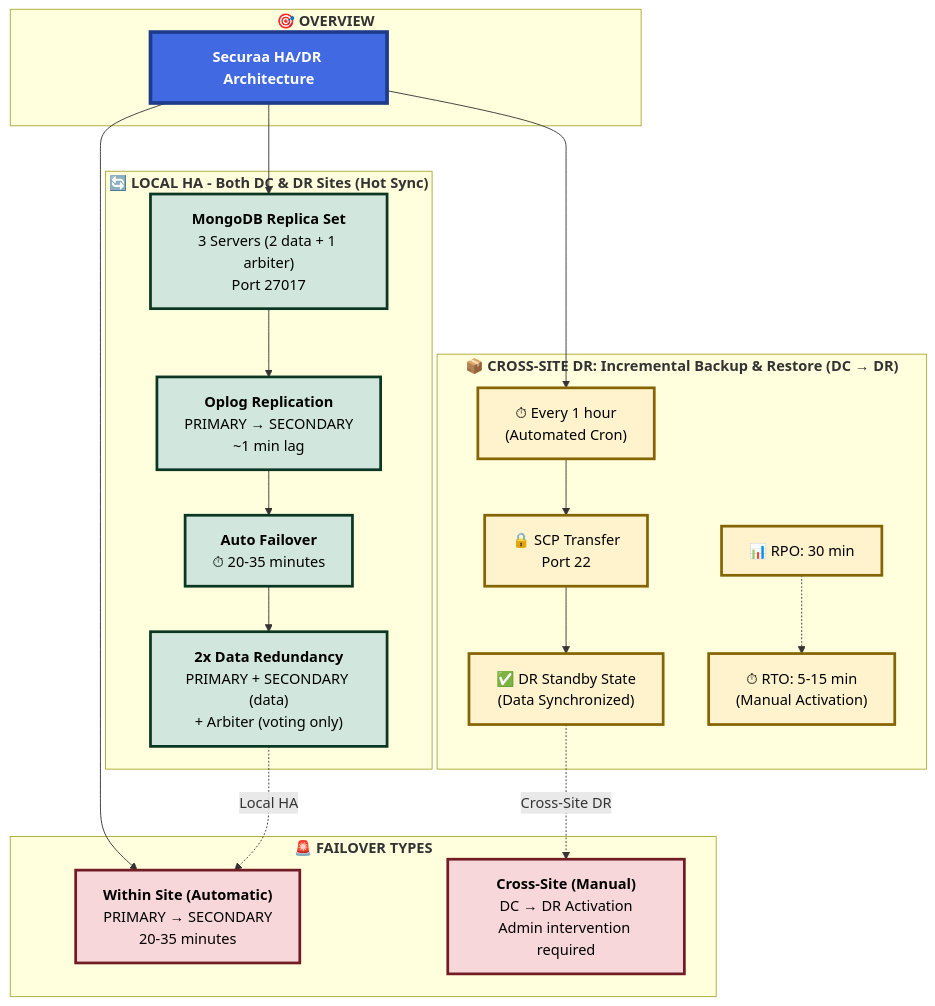
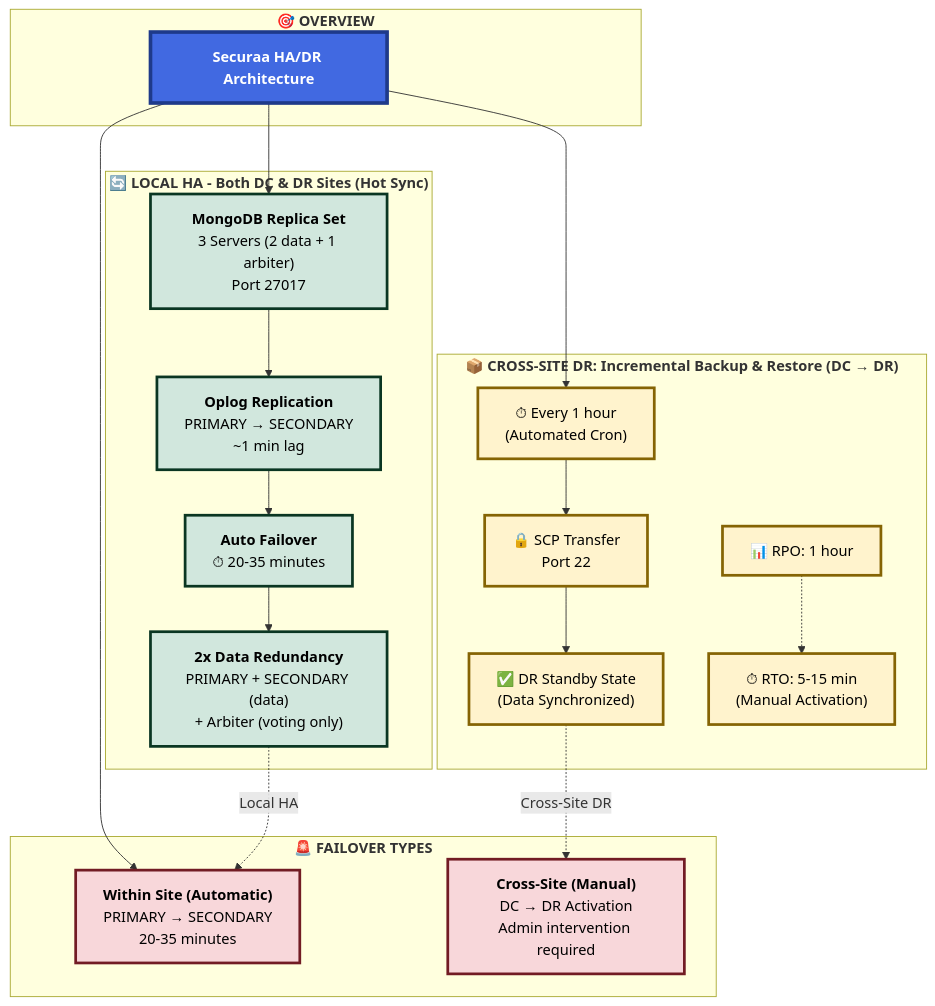
Before and after one commit to Karthikhvr/customers-docs: diagram 12 of 12 in HA_DR_Architecture_Documentation_dt2.md, drawn with Mermaid. The commit also changed other lines of this file, not shown here.

Commit message:
Updated 30 min to 1 hour

````diff
--- a/HA_DR_Architecture_Documentation_dt2.md
+++ b/HA_DR_Architecture_Documentation_dt2.md
@@ -777,48 +777,48 @@
 ```mermaid
 graph TB
     subgraph OVERVIEW["<b>🎯 OVERVIEW</b>"]
         TITLE["<b>Securaa HA/DR Architecture</b>"]
     end
     
     subgraph LHA["<b>🔄 LOCAL HA - Both DC & DR Sites (Hot Sync)</b>"]
         LHA1["<b>MongoDB Replica Set</b><br/>3 Servers (2 data + 1 arbiter)<br/>Port 27017"]
         LHA2["<b>Oplog Replication</b><br/>PRIMARY → SECONDARY<br/>~1 min lag"]
         LHA3["<b>Auto Failover</b><br/>⏱ 20-35 minutes"]
         LHA4["<b>2x Data Redundancy</b><br/>PRIMARY + SECONDARY (data)<br/>+ Arbiter (voting only)"]
         
         LHA1 --> LHA2 --> LHA3 --> LHA4
     end
     
     subgraph IB["<b>📦 CROSS-SITE DR: Incremental Backup & Restore (DC → DR)</b>"]
         IB1["⏱ Every 1 hour<br/>(Automated Cron)"]
         IB2["🔒 SCP Transfer<br/>Port 22"]
         IB3["✅ DR Standby State<br/>(Data Synchronized)"]
-        IB4["📊 RPO: 30 min"]
+        IB4["📊 RPO: 1 hour"]
         IB5["⏱ RTO: 5-15 min<br/>(Manual Activation)"]
         
         IB1 --> IB2 --> IB3
         IB4 -.-> IB5
     end
     
     subgraph FO["<b>🚨 FAILOVER TYPES</b>"]
         FO1["<b>Within Site (Automatic)</b><br/>PRIMARY → SECONDARY<br/>20-35 minutes"]
         FO2["<b>Cross-Site (Manual)</b><br/>DC → DR Activation<br/>Admin intervention required"]
     end
     
     TITLE --> LHA1
     TITLE --> IB1
     TITLE --> FO1
     
     LHA4 -.->|"Local HA"| FO1
     IB3 -.->|"Cross-Site DR"| FO2
     
     classDef titleStyle fill:#4169e1,stroke:#1e3a8a,stroke-width:4px,color:#fff,font-size:16px
     classDef localHA fill:#d1e7dd,stroke:#0a3622,stroke-width:3px,color:#000
     classDef backup fill:#fff3cd,stroke:#856404,stroke-width:3px,color:#000
     classDef failover fill:#f8d7da,stroke:#721c24,stroke-width:3px,color:#000
     
     class TITLE titleStyle
     class LHA1,LHA2,LHA3,LHA4 localHA
     class IB1,IB2,IB3,IB4,IB5 backup
     class FO1,FO2 failover
 ```
````
